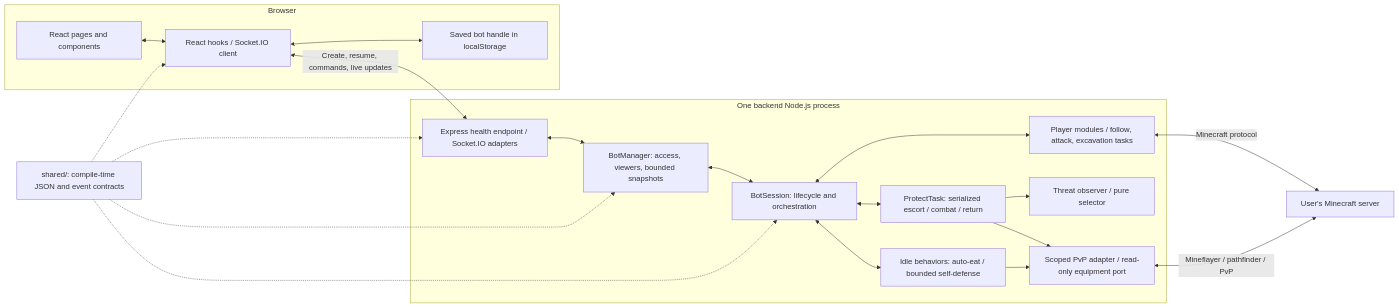
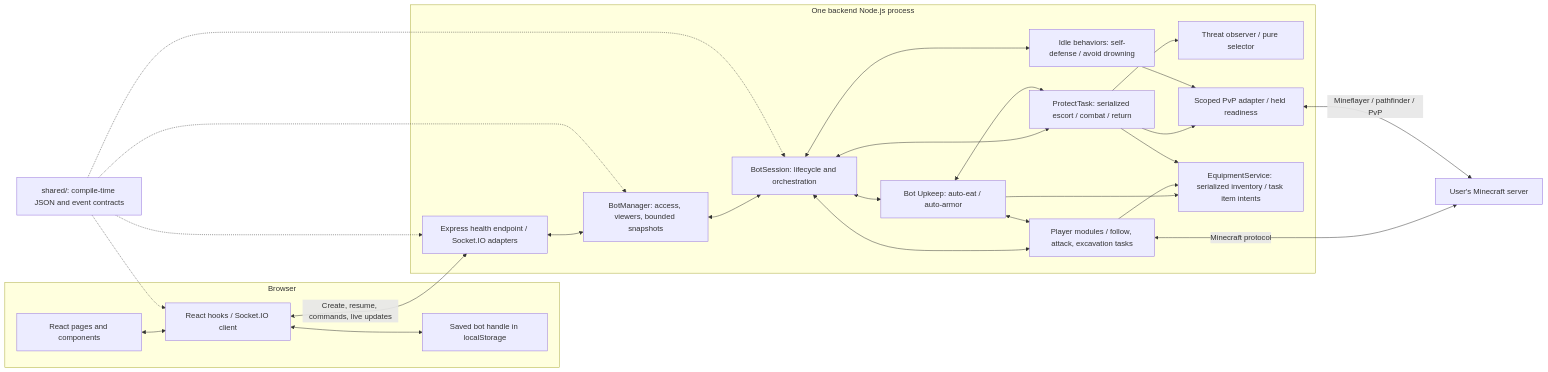
One commit to zhaungsont/Kanabot changed the first of 2 diagrams in README.md. Above: the diagram before and after it, drawn with Mermaid. The commit also changed other lines of this file and 34 other files, not shown here.

Commit message:
feat: upkeep tasks & equipment handler

````diff
--- a/README.md
+++ b/README.md
@@ -59,37 +61,45 @@
 ```mermaid
 flowchart LR
     subgraph Browser["Browser"]
         UI["React pages and components"]
         Hooks["React hooks / Socket.IO client"]
         Storage["Saved bot handle in localStorage"]
         UI <--> Hooks
         Hooks <--> Storage
     end
     subgraph Backend["One backend Node.js process"]
         Gateway["Express health endpoint / Socket.IO adapters"]
         Manager["BotManager: access, viewers, bounded snapshots"]
         Session["BotSession: lifecycle and orchestration"]
         Features["Player modules / follow, attack, excavation tasks"]
         Protect["ProtectTask: serialized escort / combat / return"]
         Threats["Threat observer / pure selector"]
-        Combat["Scoped PvP adapter / read-only equipment port"]
+        Combat["Scoped PvP adapter / held readiness"]
         Gateway <--> Manager
         Manager <--> Session
         Session <--> Features
         Session <--> Protect
         Protect --> Threats
         Protect --> Combat
-        Idle["Idle behaviors: auto-eat / bounded self-defense"]
+        Idle["Idle behaviors: self-defense / avoid drowning"]
         Session <--> Idle
         Idle --> Combat
+        Upkeep["Bot Upkeep: auto-eat / auto-armor"]
+        Equipment["EquipmentService: serialized inventory / task item intents"]
+        Session <--> Upkeep
+        Upkeep <--> Features
+        Upkeep <--> Protect
+        Upkeep --> Equipment
+        Features --> Equipment
+        Protect --> Equipment
     end
     Contracts["shared/: compile-time JSON and event contracts"]
     MC["User's Minecraft server"]
     Hooks <-->|"Create, resume, commands, live updates"| Gateway
     Features <-->|"Minecraft protocol"| MC
     Combat <-->|"Mineflayer / pathfinder / PvP"| MC
     Contracts -.-> Hooks
     Contracts -.-> Gateway
     Contracts -.-> Manager
     Contracts -.-> Session
 ```
````
